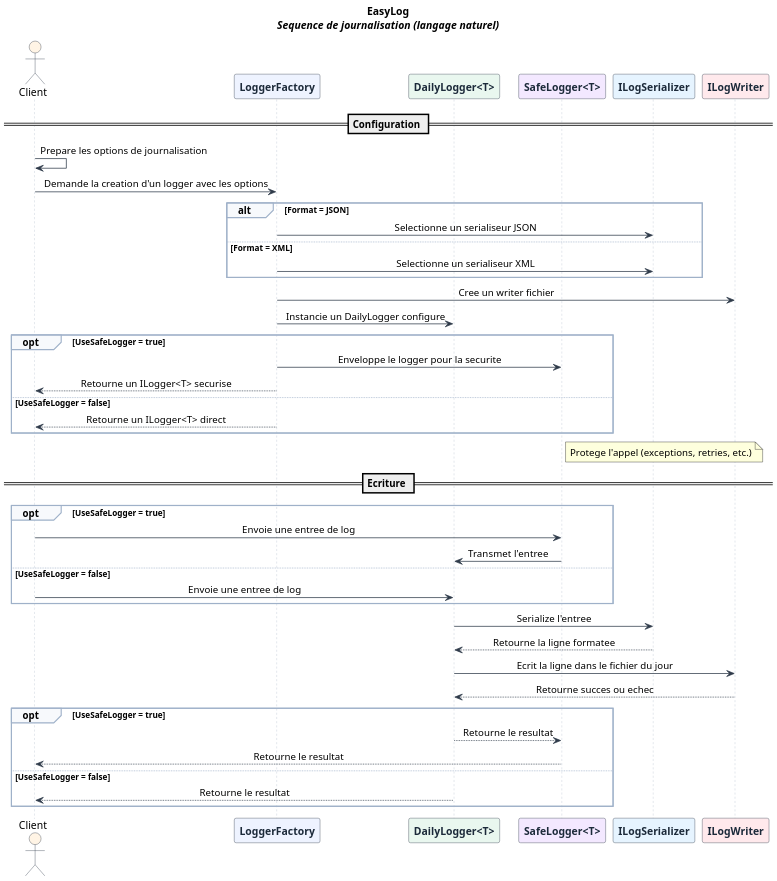
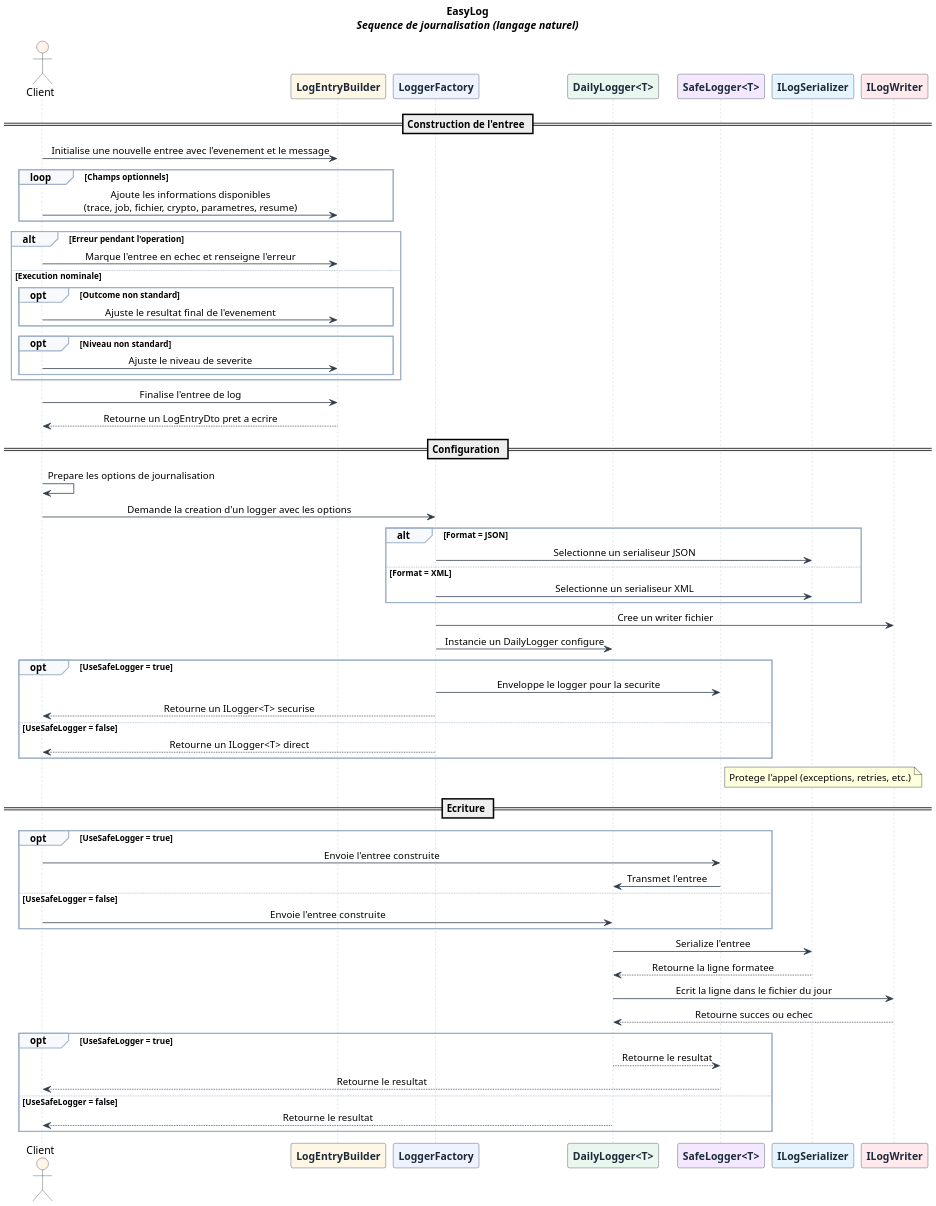
Before and after one commit to RiperPro03/EasySave: the diagram in docs/uml/EasyLog/DiagrammeSequence_EasyLog_FR.puml, drawn with PlantUML.

```diff
--- a/docs/uml/EasyLog/DiagrammeSequence_EasyLog_FR.puml
+++ b/docs/uml/EasyLog/DiagrammeSequence_EasyLog_FR.puml
@@ -1,88 +1,110 @@
 @startuml
 title <b>EasyLog</b>\n<i>Sequence de journalisation (langage naturel)</i>
 
 ' -------------------- THEME / STYLE --------------------
 skinparam shadowing false
 skinparam dpi 170
 skinparam backgroundColor #FFFFFF
 
 skinparam sequence {
   MessageAlign center
   ArrowColor #2F3A4A
   ArrowThickness 1
   LifeLineBorderColor #B7C0CE
   LifeLineBackgroundColor #F7F9FC
 
   ParticipantBorderColor #2F3A4A
   ParticipantBackgroundColor #EEF3FF
   ParticipantFontColor #1C2A3A
   ParticipantFontStyle bold
 
   ActorBorderColor #2F3A4A
   ActorBackgroundColor #FFF4E5
 
   BoxBorderColor #9FB1C9
   BoxBackgroundColor #F7F9FC
 
   GroupBorderColor #9FB1C9
   GroupBackgroundColor #F7F9FC
 }
 
 ' -------------------- ACTEURS / PARTICIPANTS --------------------
 actor Client #FFF4E5
 
+participant "<b>LogEntryBuilder</b>" as Builder #FFF7E6
 participant "<b>LoggerFactory</b>" as Factory #EEF3FF
 participant "<b>DailyLogger<T></b>" as DailyLogger #E9F7EF
 participant "<b>SafeLogger<T></b>" as SafeLogger #F3E8FF
 participant "<b>ILogSerializer</b>" as Serializer #E6F4FF
 participant "<b>ILogWriter</b>" as Writer #FFE9EC
 
 ' -------------------- FLUX --------------------
+== Construction de l'entree ==
+Client -> Builder : Initialise une nouvelle entree avec l'evenement et le message
+
+loop Champs optionnels
+  Client -> Builder : Ajoute les informations disponibles\n(trace, job, fichier, crypto, parametres, resume)
+end
+
+alt <b>Erreur pendant l'operation</b>
+  Client -> Builder : Marque l'entree en echec et renseigne l'erreur
+else <b>Execution nominale</b>
+  opt <b>Outcome non standard</b>
+    Client -> Builder : Ajuste le resultat final de l'evenement
+  end
+  opt <b>Niveau non standard</b>
+    Client -> Builder : Ajuste le niveau de severite
+  end
+end
+
+Client -> Builder : Finalise l'entree de log
+Builder --> Client : Retourne un LogEntryDto pret a ecrire
+
 == Configuration ==
 Client -> Client : Prepare les options de journalisation
 
 box "Creation du logger" #F7F9FC
 Client -> Factory : Demande la creation d'un logger avec les options
 
 alt <b>Format = JSON</b>
   Factory -> Serializer : Selectionne un serialiseur JSON
 else <b>Format = XML</b>
   Factory -> Serializer : Selectionne un serialiseur XML
 end
 
 Factory -> Writer : Cree un writer fichier
 Factory -> DailyLogger : Instancie un DailyLogger configure
 
 opt <b>UseSafeLogger = true</b>
   Factory -> SafeLogger : Enveloppe le logger pour la securite
   Factory --> Client : Retourne un ILogger<T> securise
 else <b>UseSafeLogger = false</b>
   Factory --> Client : Retourne un ILogger<T> direct
 end
 end box
 
 note right of SafeLogger
   Protege l'appel (exceptions, retries, etc.)
 end note
 
 == Ecriture ==
 opt <b>UseSafeLogger = true</b>
-  Client -> SafeLogger : Envoie une entree de log
+  Client -> SafeLogger : Envoie l'entree construite
   SafeLogger -> DailyLogger : Transmet l'entree
 else <b>UseSafeLogger = false</b>
-  Client -> DailyLogger : Envoie une entree de log
+  Client -> DailyLogger : Envoie l'entree construite
 end
 
 DailyLogger -> Serializer : Serialize l'entree
 Serializer --> DailyLogger : Retourne la ligne formatee
 DailyLogger -> Writer : Ecrit la ligne dans le fichier du jour
 Writer --> DailyLogger : Retourne succes ou echec
 
 opt <b>UseSafeLogger = true</b>
   DailyLogger --> SafeLogger : Retourne le resultat
   SafeLogger --> Client : Retourne le resultat
 else <b>UseSafeLogger = false</b>
   DailyLogger --> Client : Retourne le resultat
 end
 
 @enduml
```
